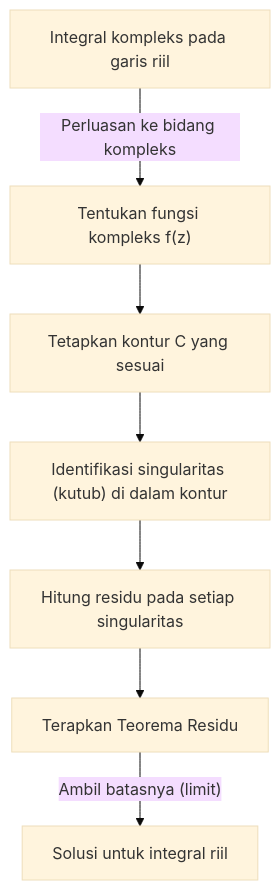
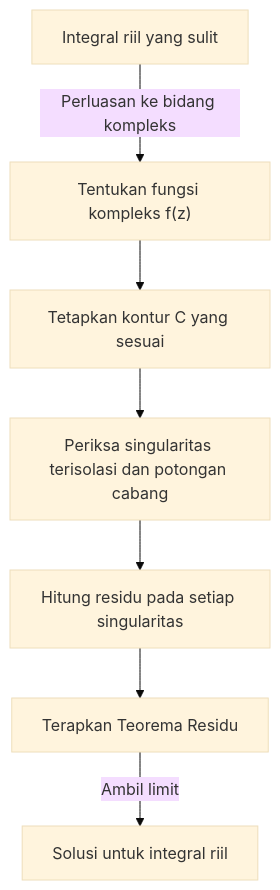
Before and after one commit to kenjinote/blog: the first of 3 diagrams in content/post/residue-theorem/index.id.md, drawn with Mermaid (base theme). The commit also changed other lines of this file and 8 other files, not shown here.

````diff
--- a/content/post/residue-theorem/index.id.md
+++ b/content/post/residue-theorem/index.id.md
@@ -33,9 +34,9 @@
 ```mermaid
 flowchart TD
-    A["Integral kompleks pada garis riil"] -->|"Perluasan ke bidang kompleks"| B["Tentukan fungsi kompleks f(z)"]
+    A["Integral riil yang sulit"] -->|"Perluasan ke bidang kompleks"| B["Tentukan fungsi kompleks f(z)"]
     B --> C["Tetapkan kontur C yang sesuai"]
-    C --> D["Identifikasi singularitas (kutub) di dalam kontur"]
+    C --> D["Periksa singularitas terisolasi dan potongan cabang"]
     D --> E["Hitung residu pada setiap singularitas"]
     E --> F["Terapkan Teorema Residu"]
-    F -->|"Ambil batasnya (limit)"| G["Solusi untuk integral riil"]
+    F -->|"Ambil limit"| G["Solusi untuk integral riil"]
 ```
````
